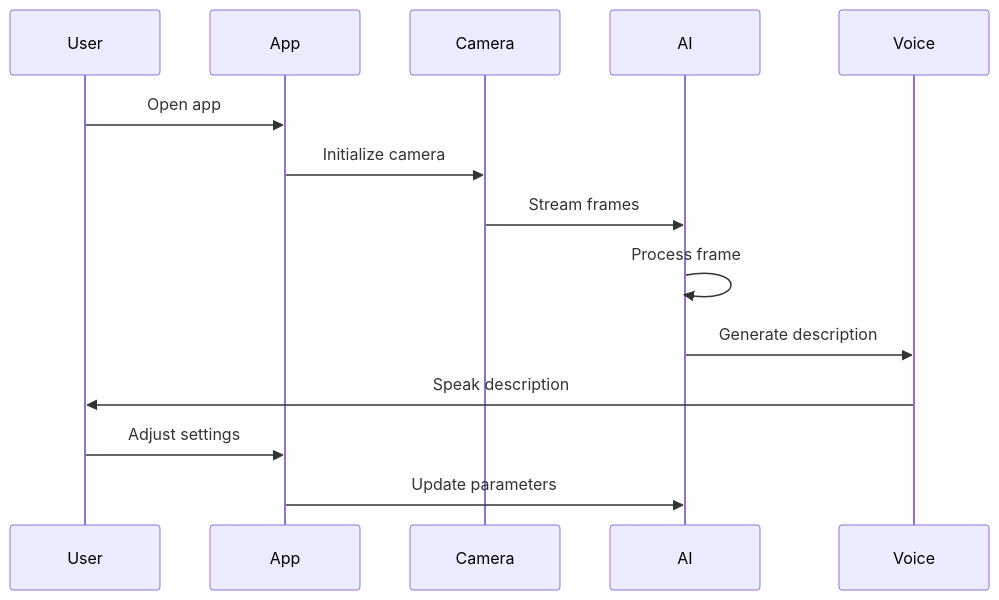
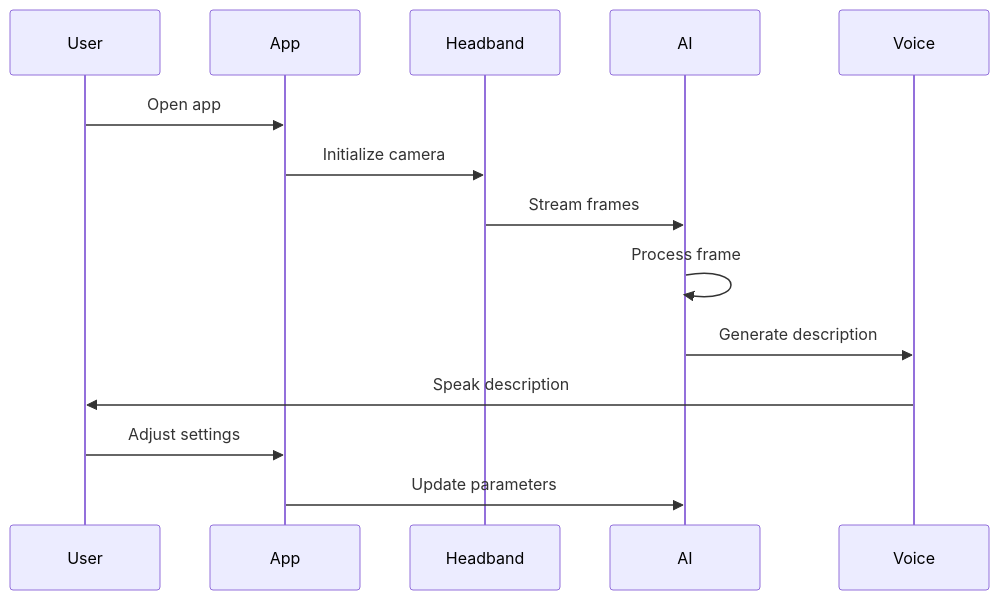
Before and after one commit to gurmeherr/VisGuide: the second of 3 diagrams in README.md, drawn with Mermaid. The commit also changed 25 other files, not shown here.

````diff
--- a/README.md
+++ b/README.md
@@ -29,17 +29,17 @@
 ```mermaid
 sequenceDiagram
     participant User
     participant App
-    participant Camera
+    participant Headband
     participant AI
     participant Voice
 
     User->>App: Open app
-    App->>Camera: Initialize camera
-    Camera->>AI: Stream frames
+    App->>Headband: Initialize camera
+    Headband->>AI: Stream frames
     AI->>AI: Process frame
     AI->>Voice: Generate description
     Voice->>User: Speak description
     User->>App: Adjust settings
     App->>AI: Update parameters
 ```
````
